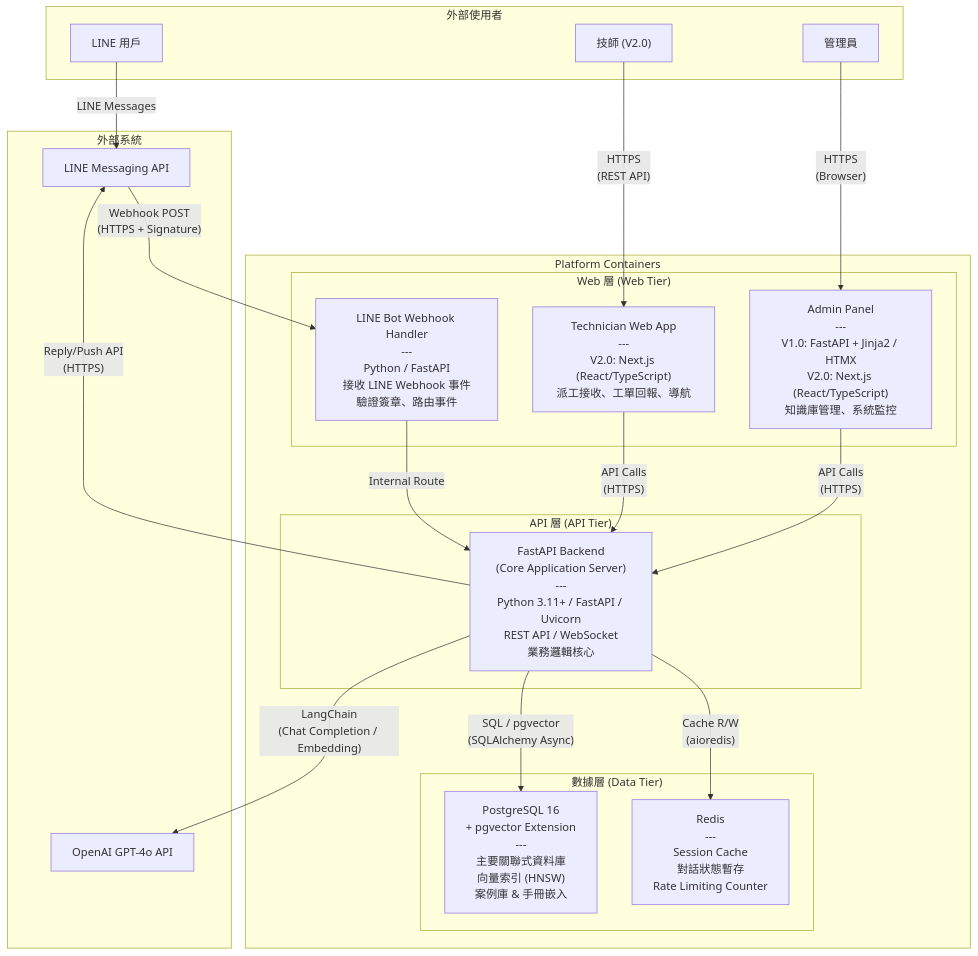
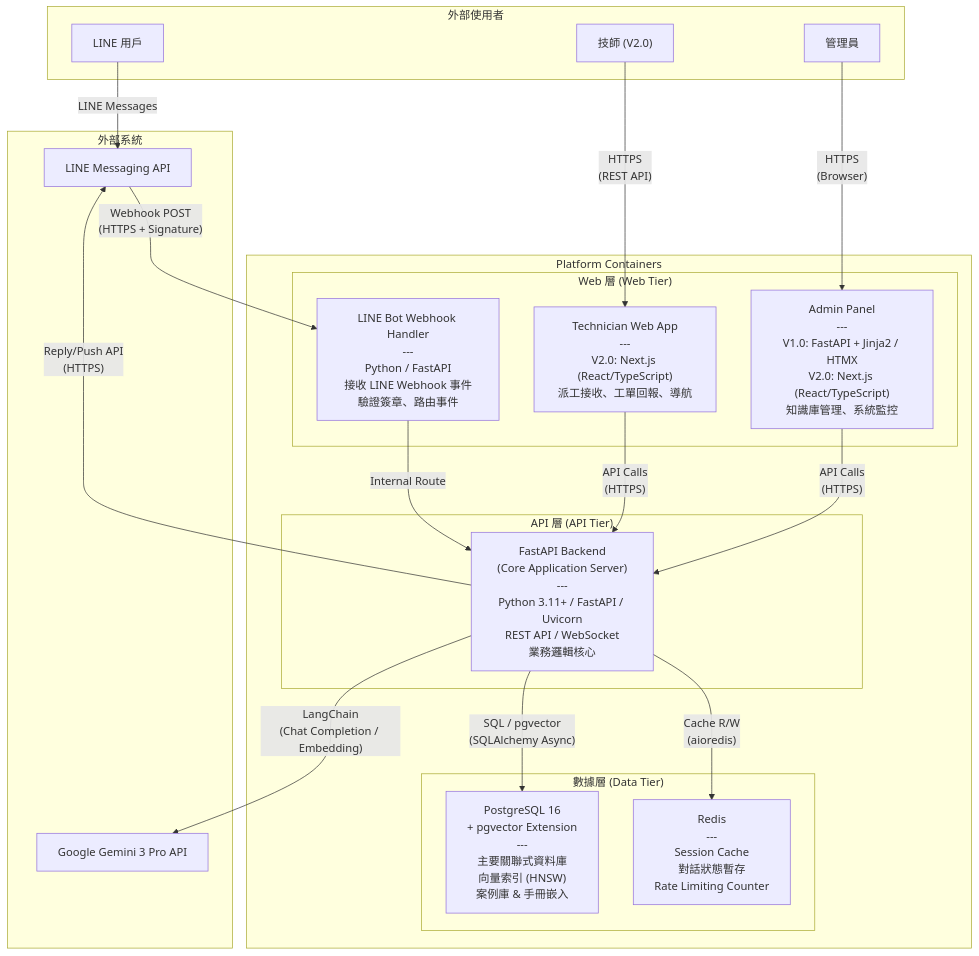
Before and after one commit to Zenobia000/Smart-Lock_AI_Support_Service_Dispatch_SaaS_Platform: the second of 11 diagrams in docs/05_architecture_and_design_document.md, drawn with Mermaid. The commit also changed other lines of this file and 7 other files, not shown here.

First line of the commit message:
docs: migrate LLM provider from OpenAI GPT-4o to Google Gemini 3 Pro

````diff
--- a/docs/05_architecture_and_design_document.md
+++ b/docs/05_architecture_and_design_document.md
@@ -98,45 +98,45 @@
 ```mermaid
 graph TB
     subgraph "外部使用者"
         LU["LINE 用戶"]
         TU["技師 (V2.0)"]
         AU["管理員"]
     end
 
     subgraph "外部系統"
         LINE_API["LINE Messaging API"]
-        OPENAI_API["OpenAI GPT-4o API"]
+        GOOGLE_AI_API["Google Gemini 3 Pro API"]
     end
 
     subgraph "Platform Containers"
         subgraph "Web 層 (Web Tier)"
             WEBHOOK["LINE Bot Webhook Handler<br/>---<br/>Python / FastAPI<br/>接收 LINE Webhook 事件<br/>驗證簽章、路由事件"]
             ADMIN["Admin Panel<br/>---<br/>V1.0: FastAPI + Jinja2 / HTMX<br/>V2.0: Next.js (React/TypeScript)<br/>知識庫管理、系統監控"]
             TECHAPP["Technician Web App<br/>---<br/>V2.0: Next.js (React/TypeScript)<br/>派工接收、工單回報、導航"]
         end
 
         subgraph "API 層 (API Tier)"
             API["FastAPI Backend<br/>(Core Application Server)<br/>---<br/>Python 3.11+ / FastAPI / Uvicorn<br/>REST API / WebSocket<br/>業務邏輯核心"]
         end
 
         subgraph "數據層 (Data Tier)"
             PG["PostgreSQL 16<br/>+ pgvector Extension<br/>---<br/>主要關聯式資料庫<br/>向量索引 (HNSW)<br/>案例庫 & 手冊嵌入"]
             REDIS["Redis<br/>---<br/>Session Cache<br/>對話狀態暫存<br/>Rate Limiting Counter"]
         end
     end
 
     LU -- "LINE Messages" --> LINE_API
     LINE_API -- "Webhook POST<br/>(HTTPS + Signature)" --> WEBHOOK
     WEBHOOK -- "Internal Route" --> API
     API -- "Reply/Push API<br/>(HTTPS)" --> LINE_API
 
     TU -- "HTTPS<br/>(REST API)" --> TECHAPP
     TECHAPP -- "API Calls<br/>(HTTPS)" --> API
 
     AU -- "HTTPS<br/>(Browser)" --> ADMIN
     ADMIN -- "API Calls<br/>(HTTPS)" --> API
 
-    API -- "LangChain<br/>(Chat Completion / Embedding)" --> OPENAI_API
+    API -- "LangChain<br/>(Chat Completion / Embedding)" --> GOOGLE_AI_API
     API -- "SQL / pgvector<br/>(SQLAlchemy Async)" --> PG
     API -- "Cache R/W<br/>(aioredis)" --> REDIS
 ```
````
